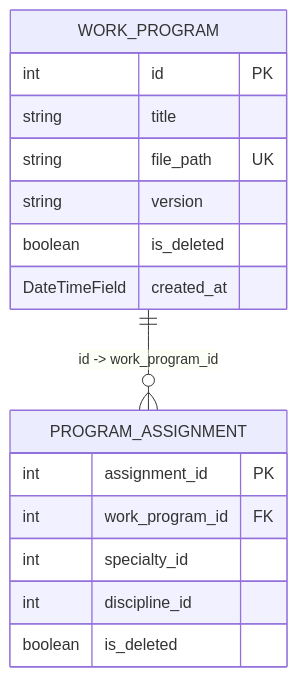
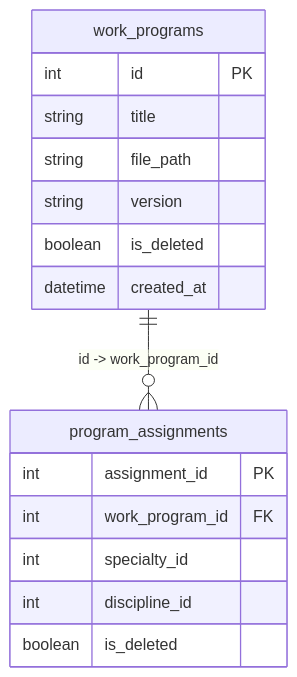
The diagram in S13/doc.md (YuriSilenok/KPK_UP2_24-1P11), drawn with Mermaid before and after one commit. The commit also changed other lines of this file, not shown here.

````diff
--- a/S13/doc.md
+++ b/S13/doc.md
@@ -7,20 +7,20 @@
 ```mermaid
 erDiagram
-    WORK_PROGRAM {
+    work_programs {
         int id PK
         string title
-        string file_path UK
+        string file_path
         string version
         boolean is_deleted
-        DateTimeField created_at
+        datetime created_at
     }
-    PROGRAM_ASSIGNMENT {
+    program_assignments {
         int assignment_id PK
         int work_program_id FK
         int specialty_id
         int discipline_id
         boolean is_deleted
     }
 
-    WORK_PROGRAM ||--o{ PROGRAM_ASSIGNMENT : "id -> work_program_id"
+    work_programs ||--o{ program_assignments : "id -> work_program_id"
 ```
````
